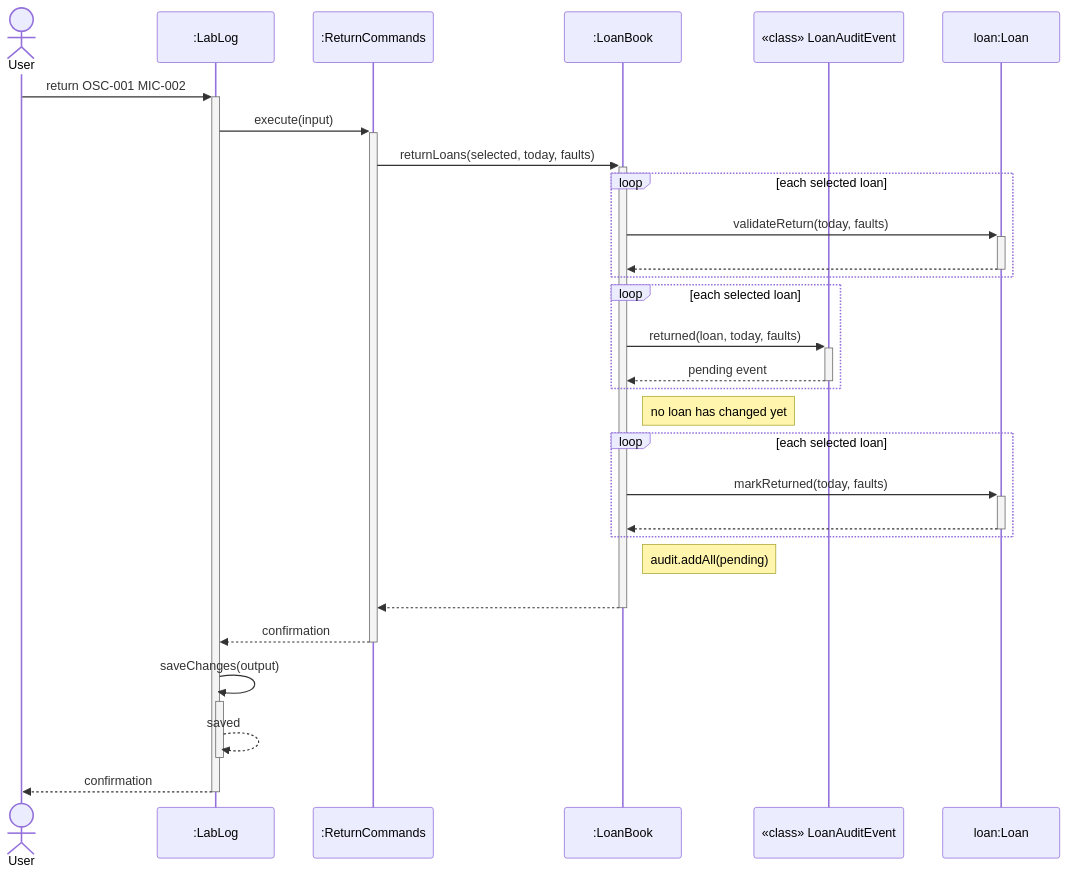
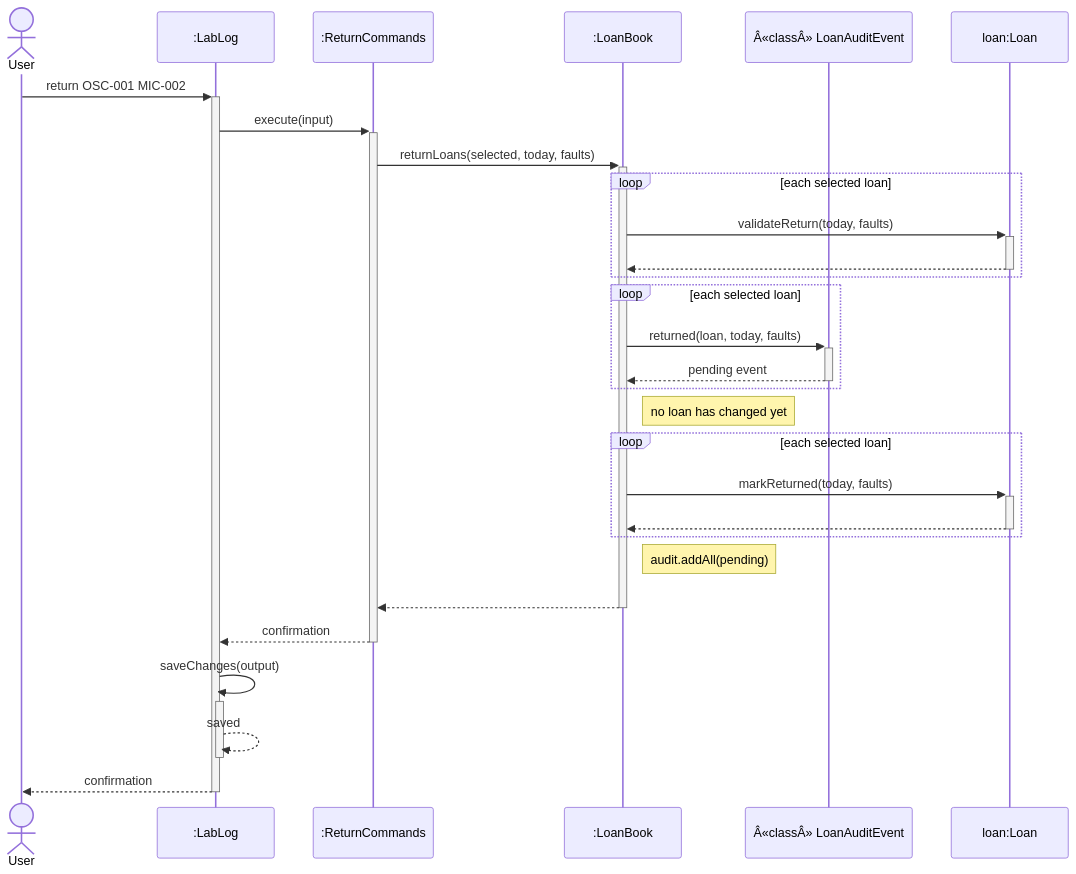
Diagram 18 of 21 in docs/DeveloperGuide.md (AY2627S1-CS2113-W13-3/tp), drawn with Mermaid before and after one commit. The commit also changed other lines of this file and 6 other files, not shown here.

````diff
--- a/docs/DeveloperGuide.md
+++ b/docs/DeveloperGuide.md
@@ -1544,31 +1544,31 @@
 ```mermaid
 sequenceDiagram
     actor User
     participant App as :LabLog
     participant Return as :ReturnCommands
     participant Book as :LoanBook
-    participant Event as «class» LoanAuditEvent
+    participant Event as Â«classÂ» LoanAuditEvent
     participant Loan as loan:Loan
     User->>+App: return OSC-001 MIC-002
     App->>+Return: execute(input)
     Return->>+Book: returnLoans(selected, today, faults)
     loop each selected loan
         Book->>+Loan: validateReturn(today, faults)
         Loan-->>-Book: #nbsp;
     end
     loop each selected loan
         Book->>+Event: returned(loan, today, faults)
         Event-->>-Book: pending event
     end
     Note right of Book: no loan has changed yet
     loop each selected loan
         Book->>+Loan: markReturned(today, faults)
         Loan-->>-Book: #nbsp;
     end
     Note right of Book: audit.addAll(pending)
     Book-->>-Return: #nbsp;
     Return-->>-App: confirmation
     App->>+App: saveChanges(output)
     App-->>-App: saved
     App-->>-User: confirmation
 ```
````
